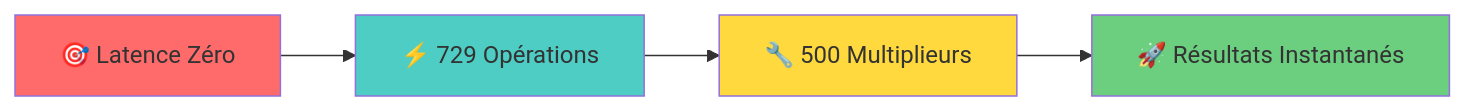
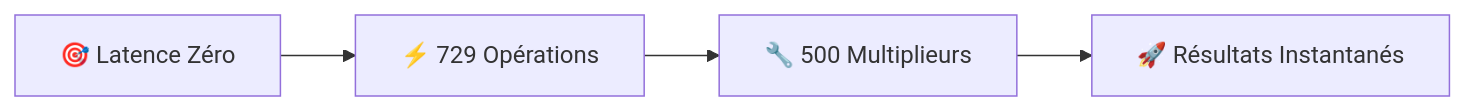
Before and after one commit to jalcim/logilib: the sixth of 14 diagrams in src/tensor/README_FR.md, drawn with Mermaid. The commit also changed other lines of this file and 1 other file, not shown here.

````diff
--- a/src/tensor/README_FR.md
+++ b/src/tensor/README_FR.md
@@ -100,11 +90,7 @@
 ```mermaid
 graph LR
     A[🎯 Latence Zéro] --> B[⚡ 729 Opérations]
     B --> C[🔧 500 Multiplieurs]
     C --> D[🚀 Résultats Instantanés]
 
-    style A fill:#ff6b6b
-    style B fill:#4ecdc4
-    style C fill:#ffd93d
-    style D fill:#6bcf7f
 ```
````
